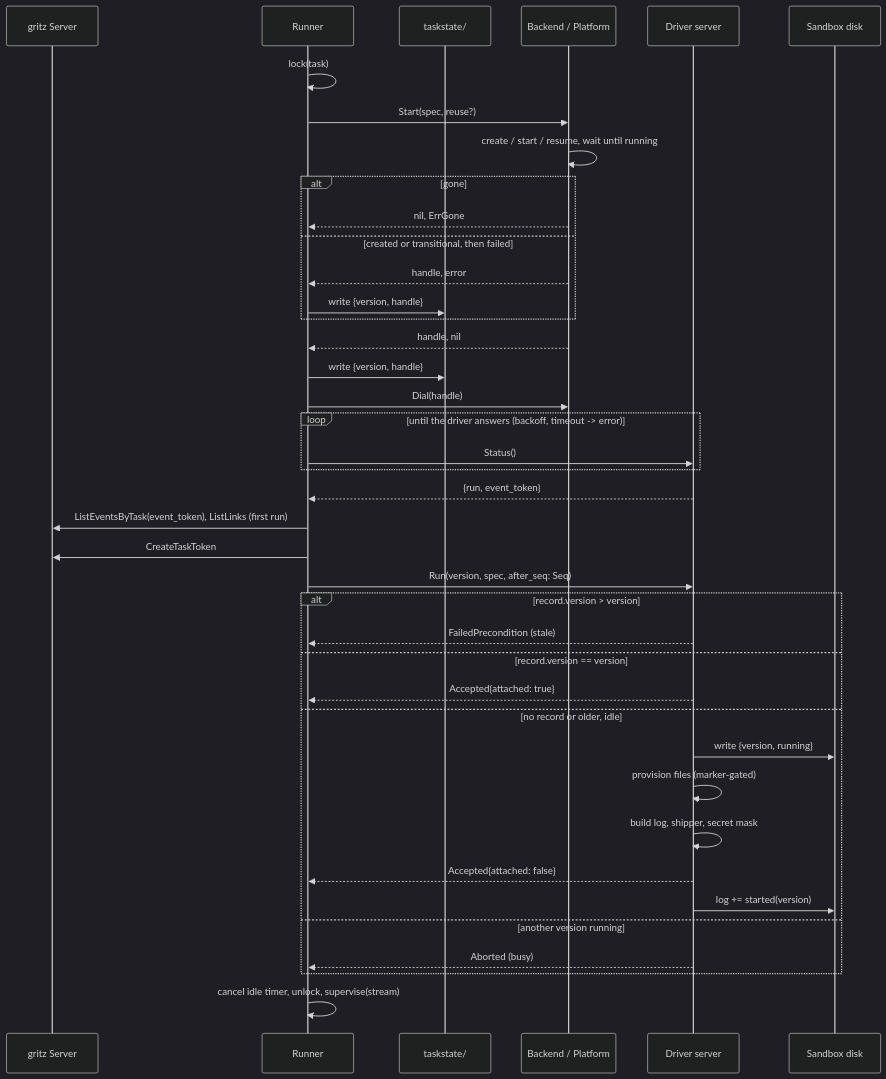
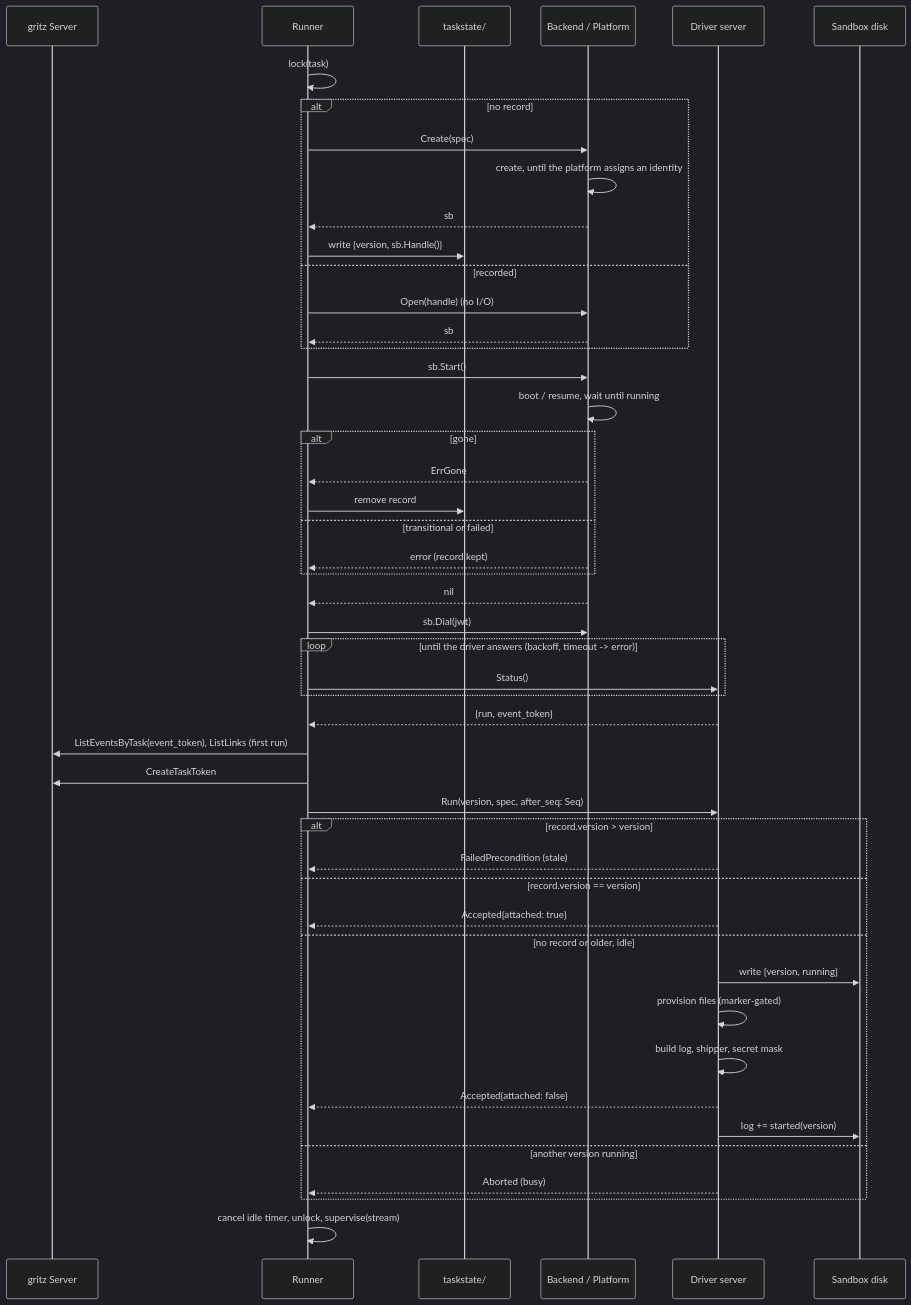
Before and after one commit to gritzapp/gritz: the second of 6 diagrams in proposals/draft/driver-server.md, drawn with Mermaid (dark theme). The commit also changed other lines of this file, not shown here.

````diff
--- a/proposals/draft/driver-server.md
+++ b/proposals/draft/driver-server.md
@@ -567,43 +617,51 @@
 ```mermaid
 sequenceDiagram
     participant S as gritz Server
     participant R as Runner
     participant T as taskstate/
     participant P as Backend / Platform
     participant D as Driver server
     participant F as Sandbox disk
 
     R->>R: lock(task)
-    R->>P: Start(spec, reuse?)
-    P->>P: create / start / resume, wait until running
+    alt no record
+        R->>P: Create(spec)
+        P->>P: create, until the platform assigns an identity
+        P-->>R: sb
+        R->>T: write {version, sb.Handle()}
+    else recorded
+        R->>P: Open(handle) (no I/O)
+        P-->>R: sb
+    end
+    R->>P: sb.Start()
+    P->>P: boot / resume, wait until running
     alt gone
-        P-->>R: nil, ErrGone
-    else created or transitional, then failed
-        P-->>R: handle, error
-        R->>T: write {version, handle}
+        P-->>R: ErrGone
+        R->>T: remove record
+    else transitional or failed
+        P-->>R: error (record kept)
     end
-    P-->>R: handle, nil
-    R->>T: write {version, handle}
-    R->>P: Dial(handle)
+    P-->>R: nil
+    R->>P: sb.Dial(jwt)
     loop until the driver answers (backoff, timeout -> error)
         R->>D: Status()
     end
     D-->>R: {run, event_token}
     R->>S: ListEventsByTask(event_token), ListLinks (first run)
     R->>S: CreateTaskToken
     R->>D: Run(version, spec, after_seq: Seq)
     alt record.version > version
         D-->>R: FailedPrecondition (stale)
     else record.version == version
         D-->>R: Accepted{attached: true}
     else no record or older, idle
         D->>F: write {version, running}
         D->>D: provision files (marker-gated)
         D->>D: build log, shipper, secret mask
         D-->>R: Accepted{attached: false}
         D->>F: log += started(version)
     else another version running
         D-->>R: Aborted (busy)
     end
     R->>R: cancel idle timer, unlock, supervise(stream)
 ```
````
